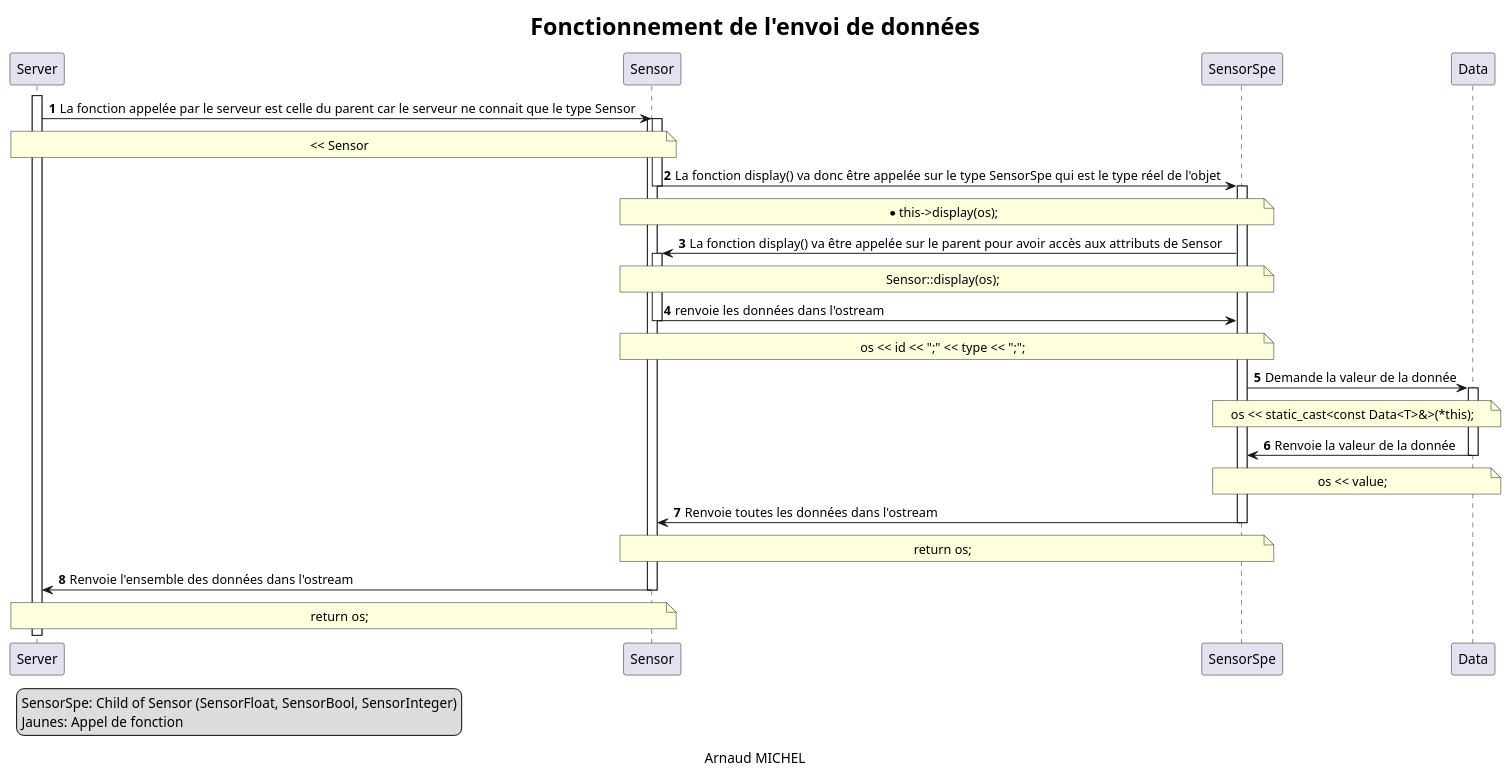
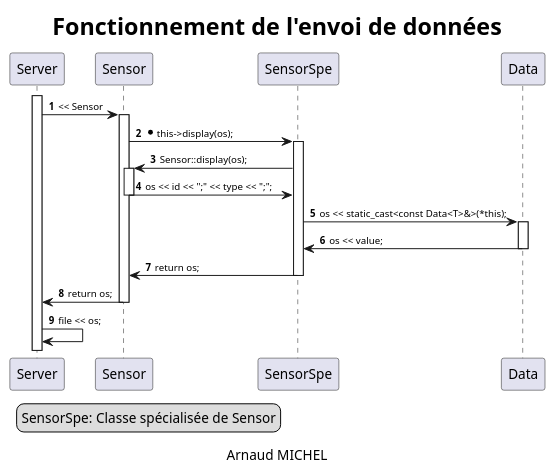
One commit to MrArnaudMichel/AP4A_projet changed the diagram in uml/send-data-sequence-diagram.puml. Above: the diagram before and after it, drawn with PlantUML. The commit also changed 1 other file, not shown here.

Commit message:
update uml diags

```diff
--- a/uml/send-data-sequence-diagram.puml
+++ b/uml/send-data-sequence-diagram.puml
@@ -1,78 +1,53 @@
 @startuml
 
 skinparam title {
     FontSize 24
 }
 
+skinparam arrow {
+    FontSize 10
+}
 title Fonctionnement de l'envoi de données
 
 autonumber
 
 activate Server
 
-Server -> Sensor: La fonction appelée par le serveur est celle du parent car le serveur ne connait que le type Sensor
-note over Server, Sensor
-<< Sensor
-end note
+Server -> Sensor: << Sensor
 
 activate Sensor
-activate Sensor
-Sensor -> SensorSpe: La fonction display() va donc être appelée sur le type SensorSpe qui est le type réel de l'objet
-note over Sensor, SensorSpe
-*this->display(os);
-end note
+Sensor -> SensorSpe: *this->display(os);
 
-deactivate Sensor
 activate SensorSpe
-SensorSpe -> Sensor: La fonction display() va être appelée sur le parent pour avoir accès aux attributs de Sensor
-note over Sensor, SensorSpe
- Sensor::display(os);
-end note
+SensorSpe -> Sensor: Sensor::display(os);
 
 activate Sensor
 
-Sensor -> SensorSpe: renvoie les données dans l'ostream
-note over Sensor, SensorSpe
-os << id << ";" << type << ";";
-end note
+Sensor -> SensorSpe: os << id << ";" << type << ";";
 
 deactivate Sensor
 
-SensorSpe -> Data: Demande la valeur de la donnée
-note over SensorSpe, Data
-os << static_cast<const Data<T>&>(*this);
-end note
+SensorSpe -> Data: os << static_cast<const Data<T>&>(*this);
 
 activate Data
-Data -> SensorSpe: Renvoie la valeur de la donnée
-note over Data, SensorSpe
-os << value;
-end note
+Data -> SensorSpe: os << value;
 
 deactivate Data
 
-SensorSpe -> Sensor: Renvoie toutes les données dans l'ostream
-note over Sensor, SensorSpe
-return os;
-end note
+SensorSpe -> Sensor: return os;
 
 deactivate SensorSpe
 
-Sensor -> Server: Renvoie l'ensemble des données dans l'ostream
-note over Sensor, Server
-return os;
-end note
+Sensor -> Server: return os;
 
 deactivate Sensor
 
-
-
+Server -> Server: file << os;
 
 legend left
-    SensorSpe: Child of Sensor (SensorFloat, SensorBool, SensorInteger)
-    Jaunes: Appel de fonction
+    SensorSpe: Classe spécialisée de Sensor
 endlegend
 
 
 caption Arnaud MICHEL
 @enduml
```
